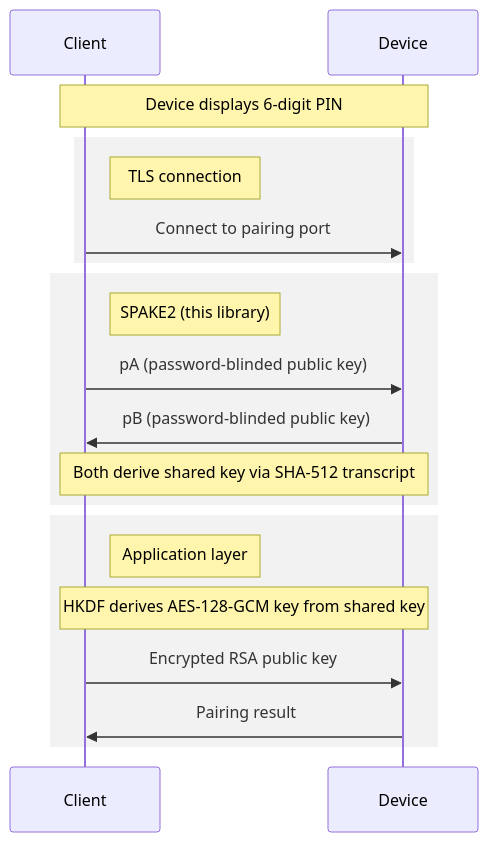
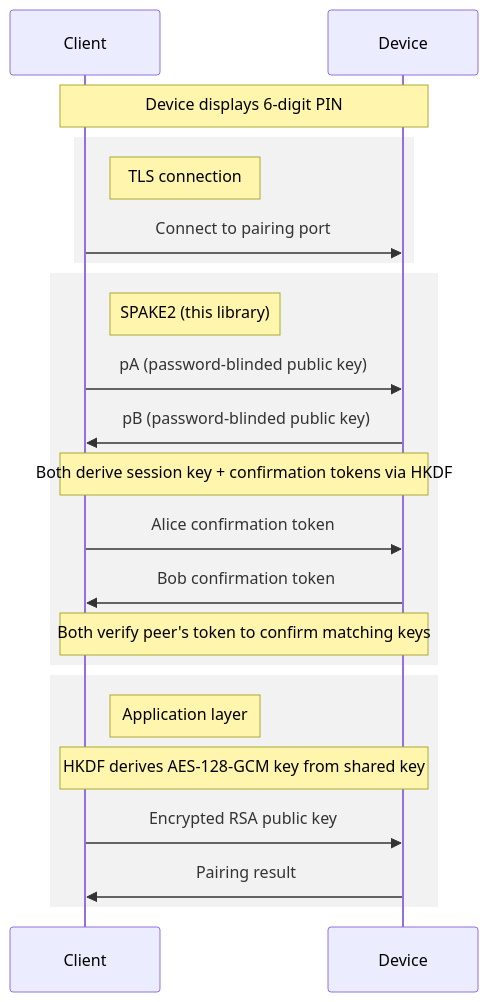
Before and after one commit to tv-labs/spake2: the diagram in README.md, drawn with Mermaid. The commit also changed other lines of this file and 6 other files, not shown here.

````diff
--- a/README.md
+++ b/README.md
@@ -56,26 +63,29 @@
 ```mermaid
 sequenceDiagram
     participant C as Client
     participant D as Device
 
     note over C,D: Device displays 6-digit PIN
 
     rect rgba(128, 128, 128, 0.1)
     note right of C: TLS connection
     C->>D: Connect to pairing port
     end
 
     rect rgba(128, 128, 128, 0.1)
     note right of C: SPAKE2 (this library)
     C->>D: pA (password-blinded public key)
     D->>C: pB (password-blinded public key)
-    note over C,D: Both derive shared key via SHA-512 transcript
+    note over C,D: Both derive session key + confirmation tokens via HKDF
+    C->>D: Alice confirmation token
+    D->>C: Bob confirmation token
+    note over C,D: Both verify peer's token to confirm matching keys
     end
 
     rect rgba(128, 128, 128, 0.1)
     note right of C: Application layer
     note over C,D: HKDF derives AES-128-GCM key from shared key
     C->>D: Encrypted RSA public key
     D->>C: Pairing result
     end
 ```
````
